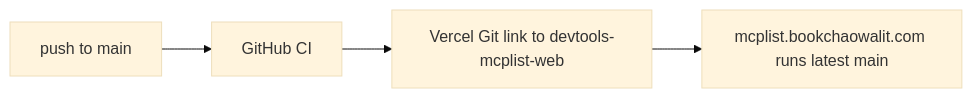
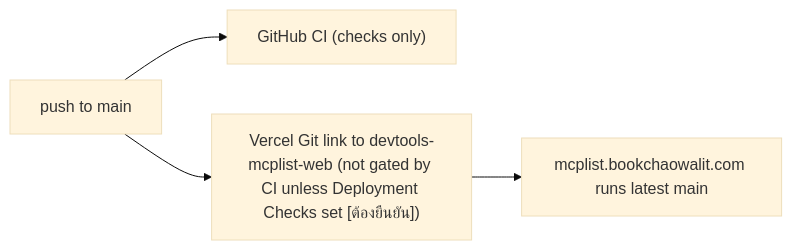
The second of 2 diagrams in docs/diagrams/01-business-process.md (bookchaowalit-website/devtools-mcplist-web), drawn with Mermaid (base theme) before and after one commit. The commit also changed other lines of this file, not shown here.

````diff
--- a/docs/diagrams/01-business-process.md
+++ b/docs/diagrams/01-business-process.md
@@ -43,6 +45,6 @@
 ```mermaid
 flowchart LR
-  PUSH["push to main"] --> CI["GitHub CI"]
-  CI --> GIT["Vercel Git link to devtools-mcplist-web"]
+  PUSH["push to main"] --> CI["GitHub CI (checks only)"]
+  PUSH --> GIT["Vercel Git link to devtools-mcplist-web (not gated by CI unless Deployment Checks set [ต้องยืนยัน])"]
   GIT --> LIVE["mcplist.bookchaowalit.com runs latest main"]
 ```
````
